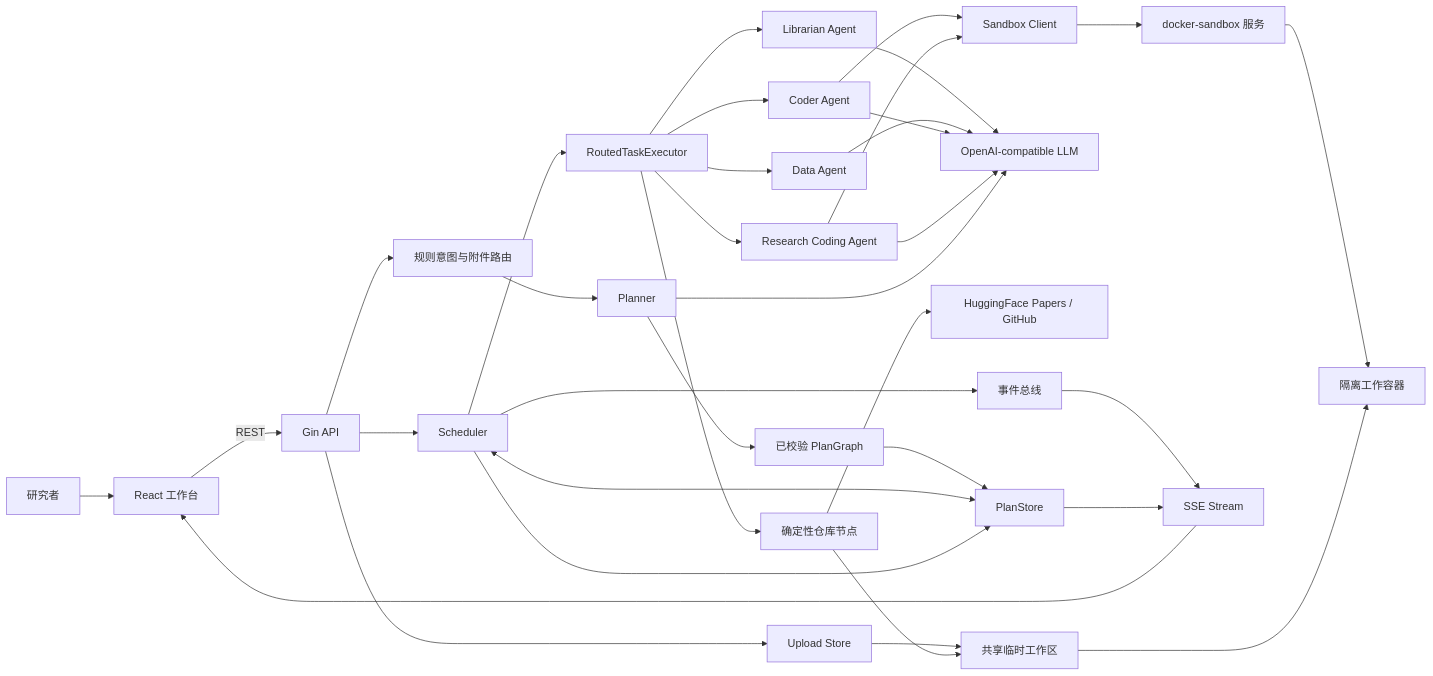
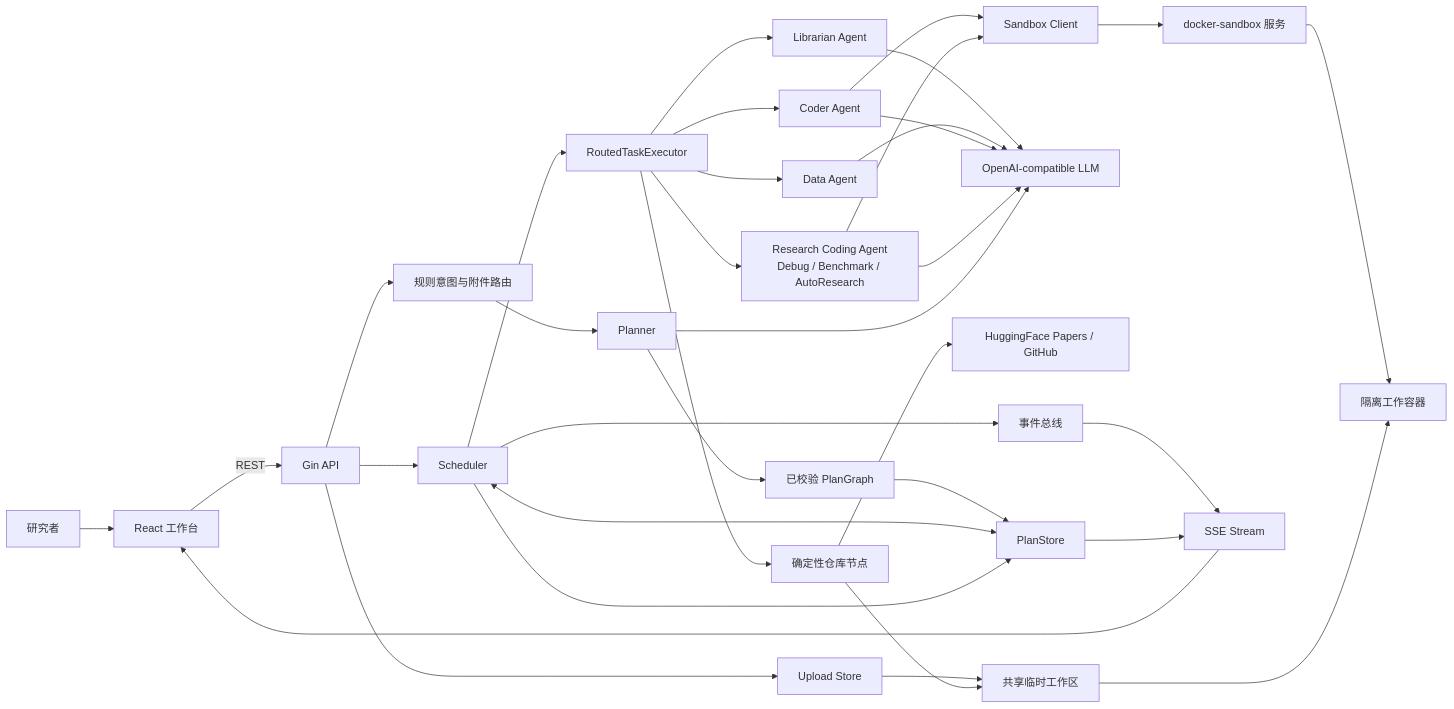
One commit to yu-xin-c/Sea-mult-agent changed the first of 3 diagrams in scholar-agent/docs/project_architecture.md. Above: the diagram before and after it, drawn with Mermaid. The commit also changed other lines of this file and 54 other files, not shown here.

````diff
--- a/scholar-agent/docs/project_architecture.md
+++ b/scholar-agent/docs/project_architecture.md
@@ -22,42 +22,42 @@
 ```mermaid
 flowchart LR
     U["研究者"] --> FE["React 工作台"]
     FE -->|"REST"| API["Gin API"]
     API --> IR["规则意图与附件路由"]
     IR --> PL["Planner"]
     PL --> PG["已校验 PlanGraph"]
     PG --> PS["PlanStore"]
 
     API --> SCH["Scheduler"]
     SCH <--> PS
     SCH --> RX["RoutedTaskExecutor"]
     RX --> LIB["Librarian Agent"]
     RX --> DATA["Data Agent"]
     RX --> CODER["Coder Agent"]
-    RX --> BENCH["Research Coding Agent"]
+    RX --> BENCH["Research Coding Agent<br/>Debug / Benchmark / AutoResearch"]
 
     LIB --> LLM["OpenAI-compatible LLM"]
     DATA --> LLM
     CODER --> LLM
     BENCH --> LLM
     PL --> LLM
 
     RX --> RD["确定性仓库节点"]
     RD --> EXT["HuggingFace Papers / GitHub"]
 
     CODER --> SC["Sandbox Client"]
     BENCH --> SC
     SC --> SS["docker-sandbox 服务"]
     SS --> WC["隔离工作容器"]
 
     SCH --> EB["事件总线"]
     SCH --> PS
     EB --> SSE["SSE Stream"]
     PS --> SSE
     SSE --> FE
 
     API --> UP["Upload Store"]
     UP --> WS["共享临时工作区"]
     RD --> WS
     WS --> WC
 ```
````
